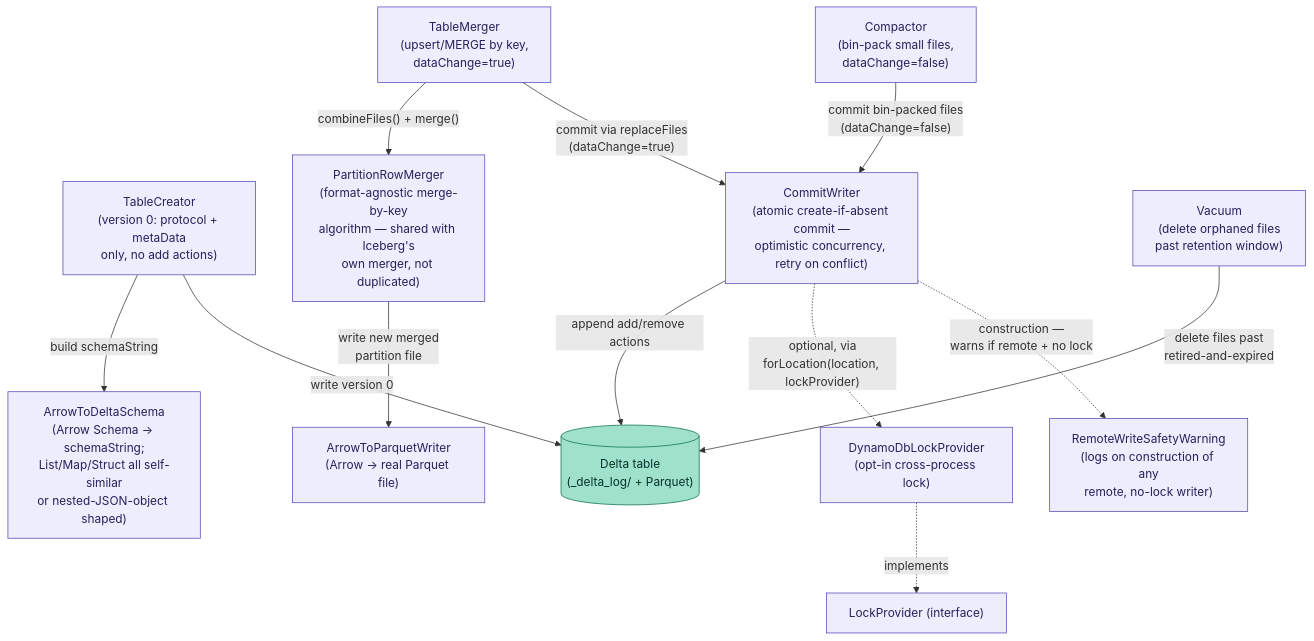
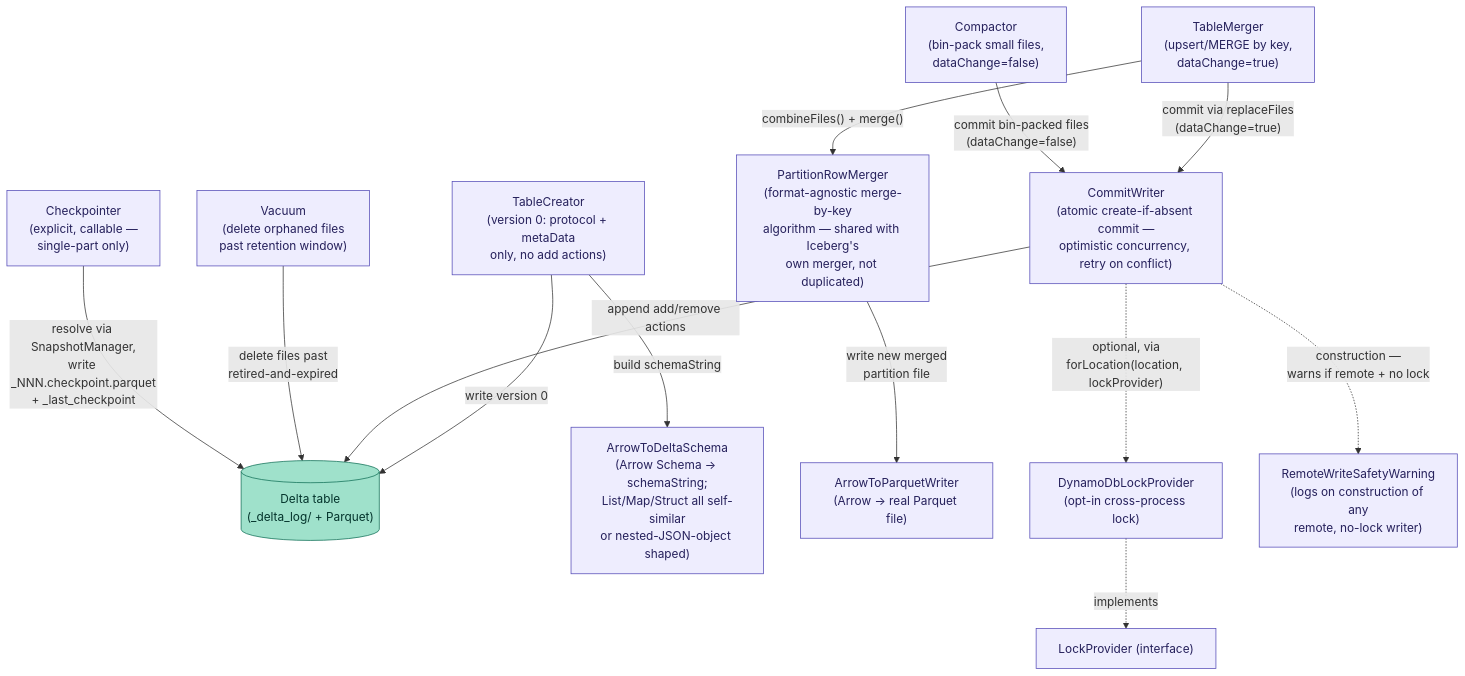
The diagram in docs/diagrams/delta-write-path.md (codelabuk/labukDB), drawn with Mermaid before and after one commit. The commit also changed other lines of this file and 17 other files, not shown here.

First line of the commit message:
Add Delta checkpoint writing + real-Spark verification (Core item #9)

````diff
--- a/docs/diagrams/delta-write-path.md
+++ b/docs/diagrams/delta-write-path.md
@@ -3,35 +3,37 @@
 ```mermaid
 flowchart TB
     classDef coreModule fill:#EEEDFE,stroke:#534AB7,color:#26215C
     classDef storageNode fill:#9FE1CB,stroke:#0F6E56,color:#04342C
 
     DT[("Delta table<br/>(_delta_log/ + Parquet)")]:::storageNode
 
     TCR["TableCreator<br/>(version 0: protocol + metaData<br/>only, no add actions)"]:::coreModule
     ADS["ArrowToDeltaSchema<br/>(Arrow Schema → schemaString;<br/>List/Map/Struct all self-similar<br/>or nested-JSON-object shaped)"]:::coreModule
     ATPW["ArrowToParquetWriter<br/>(Arrow → real Parquet file)"]:::coreModule
 
     CW["CommitWriter<br/>(atomic create-if-absent commit —<br/>optimistic concurrency, retry on conflict)"]:::coreModule
     TMRG["TableMerger<br/>(upsert/MERGE by key,<br/>dataChange=true)"]:::coreModule
     PRM["PartitionRowMerger<br/>(format-agnostic merge-by-key<br/>algorithm — shared with Iceberg's<br/>own merger, not duplicated)"]:::coreModule
     COMP["Compactor<br/>(bin-pack small files,<br/>dataChange=false)"]:::coreModule
     VAC["Vacuum<br/>(delete orphaned files<br/>past retention window)"]:::coreModule
+    CKPT["Checkpointer<br/>(explicit, callable —<br/>single-part only)"]:::coreModule
 
     LP["LockProvider (interface)"]:::coreModule
     DDBL["DynamoDbLockProvider<br/>(opt-in cross-process lock)"]:::coreModule
     RWSW["RemoteWriteSafetyWarning<br/>(logs on construction of any<br/>remote, no-lock writer)"]:::coreModule
 
     TCR -- "build schemaString" --> ADS
     TCR -- "write version 0" --> DT
 
     CW -- "append add/remove actions" --> DT
     TMRG -- "combineFiles() + merge()" --> PRM
     TMRG -- "commit via replaceFiles<br/>(dataChange=true)" --> CW
     COMP -- "commit bin-packed files<br/>(dataChange=false)" --> CW
     VAC -- "delete files past<br/>retired-and-expired" --> DT
+    CKPT -- "resolve via SnapshotManager,<br/>write _NNN.checkpoint.parquet<br/>+ _last_checkpoint" --> DT
     PRM -- "write new merged<br/>partition file" --> ATPW
 
     CW -. "optional, via<br/>forLocation(location, lockProvider)" .-> DDBL
     CW -. "construction —<br/>warns if remote + no lock" .-> RWSW
     DDBL -. implements .-> LP
 ```
````
